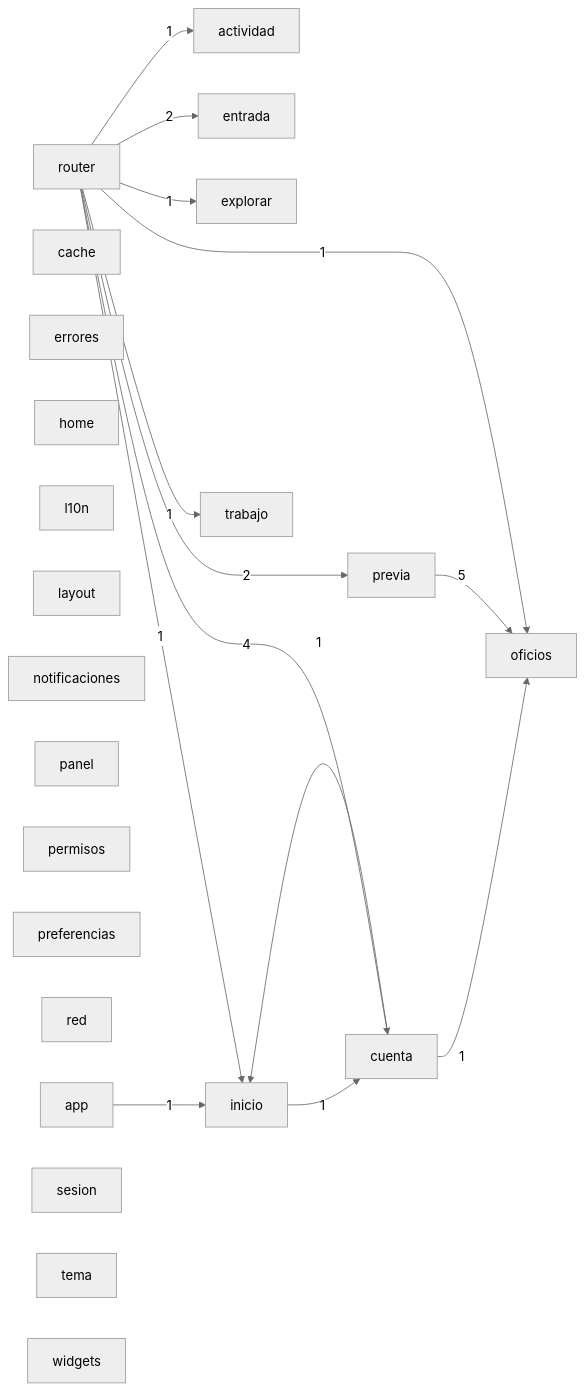
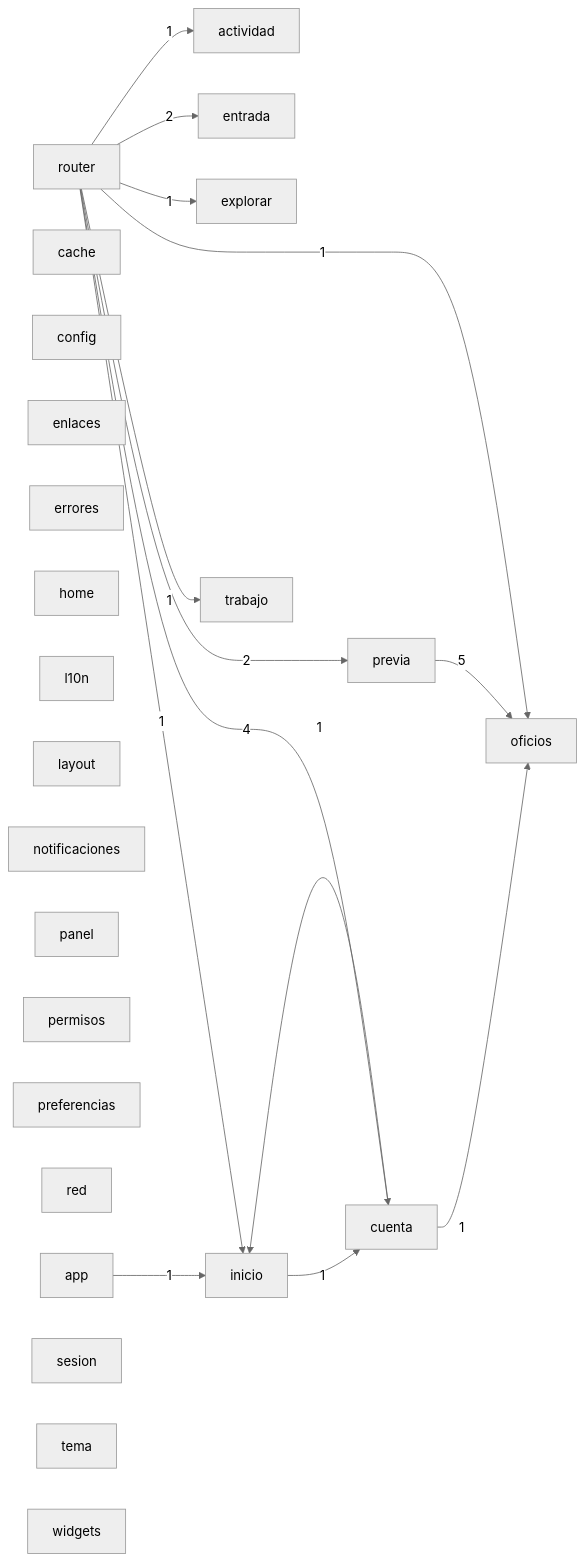
One commit to Tensei-Devs/knock-frontend changed the diagram in docs/architecture/modules.mmd. Above: the diagram before and after it, drawn with Mermaid (neutral theme). The commit also changed 5 other files, not shown here.

```diff
--- a/docs/architecture/modules.mmd
+++ b/docs/architecture/modules.mmd
@@ -1,37 +1,39 @@
 graph LR
   actividad["actividad"]
   app["app"]
   cache["cache"]
+  config["config"]
   cuenta["cuenta"]
+  enlaces["enlaces"]
   entrada["entrada"]
   errores["errores"]
   explorar["explorar"]
   home["home"]
   inicio["inicio"]
   l10n["l10n"]
   layout["layout"]
   notificaciones["notificaciones"]
   oficios["oficios"]
   panel["panel"]
   permisos["permisos"]
   preferencias["preferencias"]
   previa["previa"]
   red["red"]
   router["router"]
   sesion["sesion"]
   tema["tema"]
   trabajo["trabajo"]
   widgets["widgets"]
   app -->|1| inicio
   cuenta -->|1| inicio
   cuenta -->|1| oficios
   inicio -->|1| cuenta
   previa -->|5| oficios
   router -->|1| actividad
   router -->|4| cuenta
   router -->|2| entrada
   router -->|1| explorar
   router -->|1| inicio
   router -->|1| oficios
   router -->|2| previa
   router -->|1| trabajo
```
